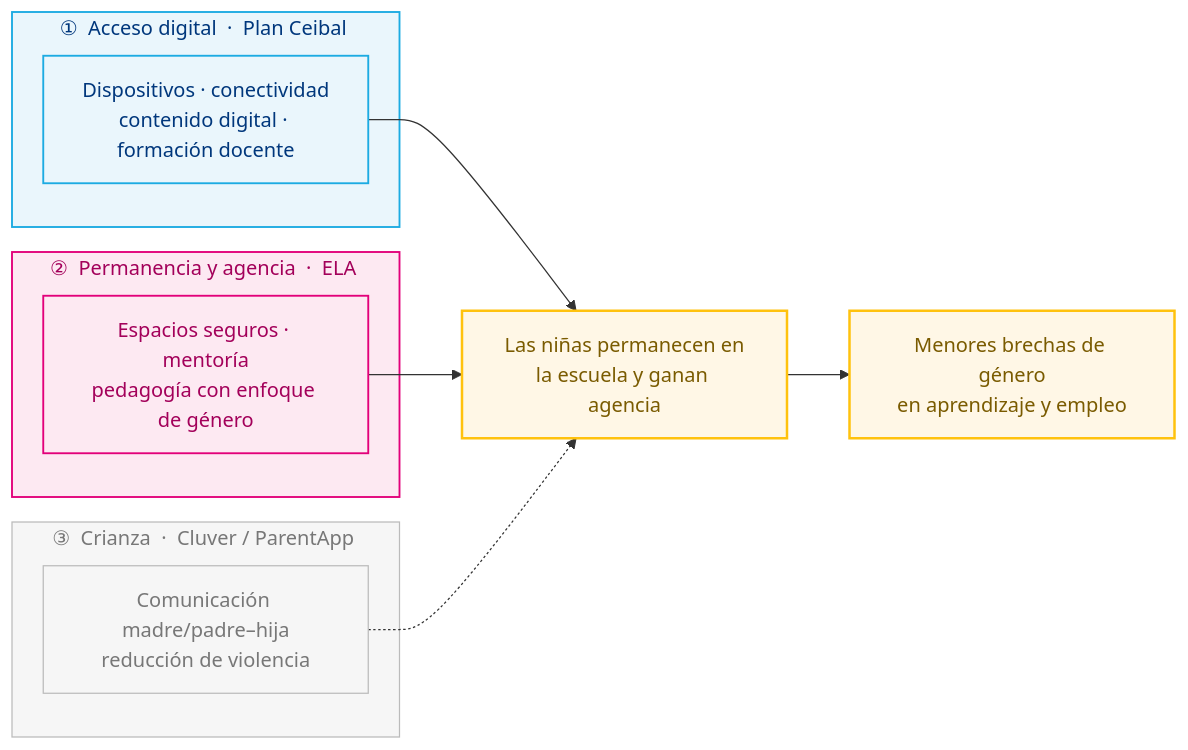
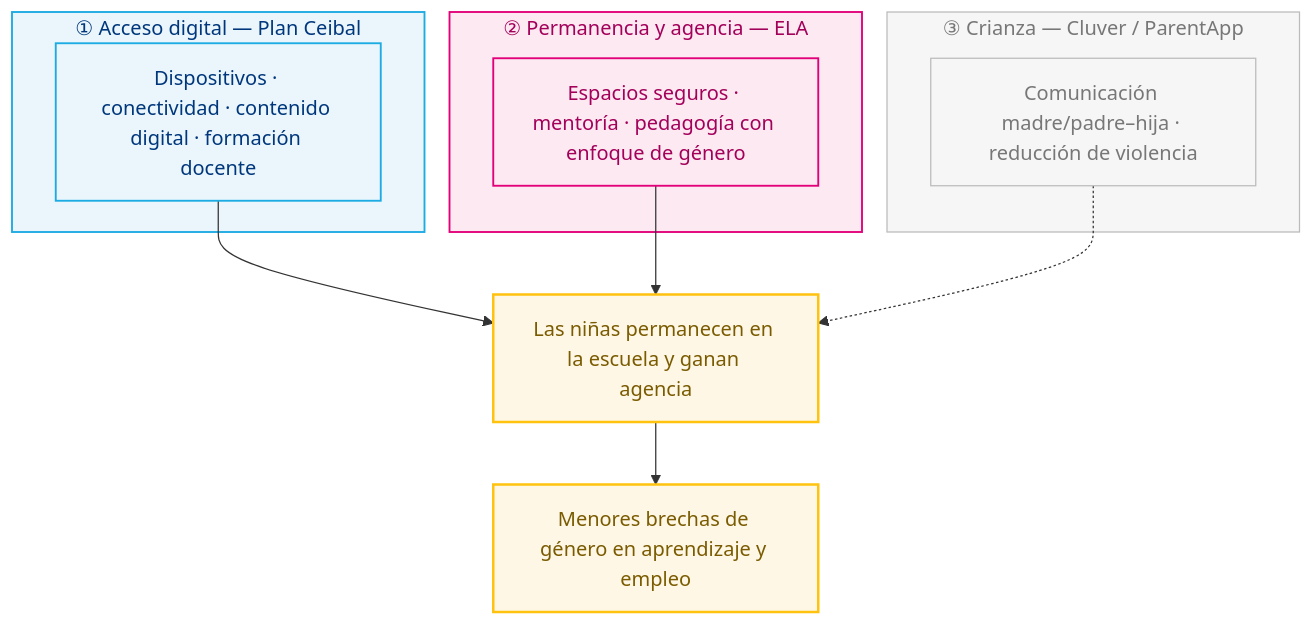
Before and after one commit to hgrueso/bolivia-aula-conectada: the first of 2 diagrams in code/06_slides_es.qmd, drawn with Mermaid. The commit also changed other lines of this file and 3 other files, not shown here.

Commit message:
Single-anchor cost-effectiveness (Porter), drop ELA compound; SEM diagram to A2; ToC diagram layout fix

````diff
--- a/code/06_slides_es.qmd
+++ b/code/06_slides_es.qmd
@@ -326,27 +326,27 @@
 ```{mermaid}
-%%| fig-width: 13
-flowchart LR
-    subgraph A["①&nbsp;&nbsp;Acceso digital&nbsp;&nbsp;·&nbsp;&nbsp;Plan Ceibal&nbsp;"]
-        A1["Dispositivos · conectividad<br/>contenido digital · formación docente"]
+%%| fig-width: 11
+flowchart TB
+    subgraph A["① Acceso digital — Plan Ceibal"]
+        A1["Dispositivos · conectividad · contenido digital · formación docente"]
     end
-    subgraph B["②&nbsp;&nbsp;Permanencia y agencia&nbsp;&nbsp;·&nbsp;&nbsp;ELA&nbsp;"]
-        B1["Espacios seguros · mentoría<br/>pedagogía con enfoque de género"]
+    subgraph B["② Permanencia y agencia — ELA"]
+        B1["Espacios seguros · mentoría · pedagogía con enfoque de género"]
     end
-    subgraph C["③&nbsp;&nbsp;Crianza&nbsp;&nbsp;·&nbsp;&nbsp;Cluver / ParentApp&nbsp;"]
-        C1["Comunicación madre/padre–hija<br/>reducción de violencia"]
+    subgraph C["③ Crianza — Cluver / ParentApp"]
+        C1["Comunicación madre/padre–hija · reducción de violencia"]
     end
 
-    A1 --> R["Las niñas permanecen en<br/>la escuela y ganan agencia"]
+    A1 --> R["Las niñas permanecen en la escuela y ganan agencia"]
     B1 --> R
     C1 -.-> R
-    R --> I["Menores brechas de género<br/>en aprendizaje y empleo"]
+    R --> I["Menores brechas de género en aprendizaje y empleo"]
 
     class A,A1 layerA
     class B,B1 layerB
     class C,C1 layerC
     class R,I outcome
     classDef layerA fill:#eaf6fc,stroke:#1CABE2,stroke-width:1.5px,color:#00377C
     classDef layerB fill:#fde9f2,stroke:#E2007A,stroke-width:1.5px,color:#a3005a
     classDef layerC fill:#f6f6f6,stroke:#bbbbbb,stroke-width:1px,color:#777777
     classDef outcome fill:#fff7e6,stroke:#FFC20E,stroke-width:2px,color:#7a5b00
 ```
````
